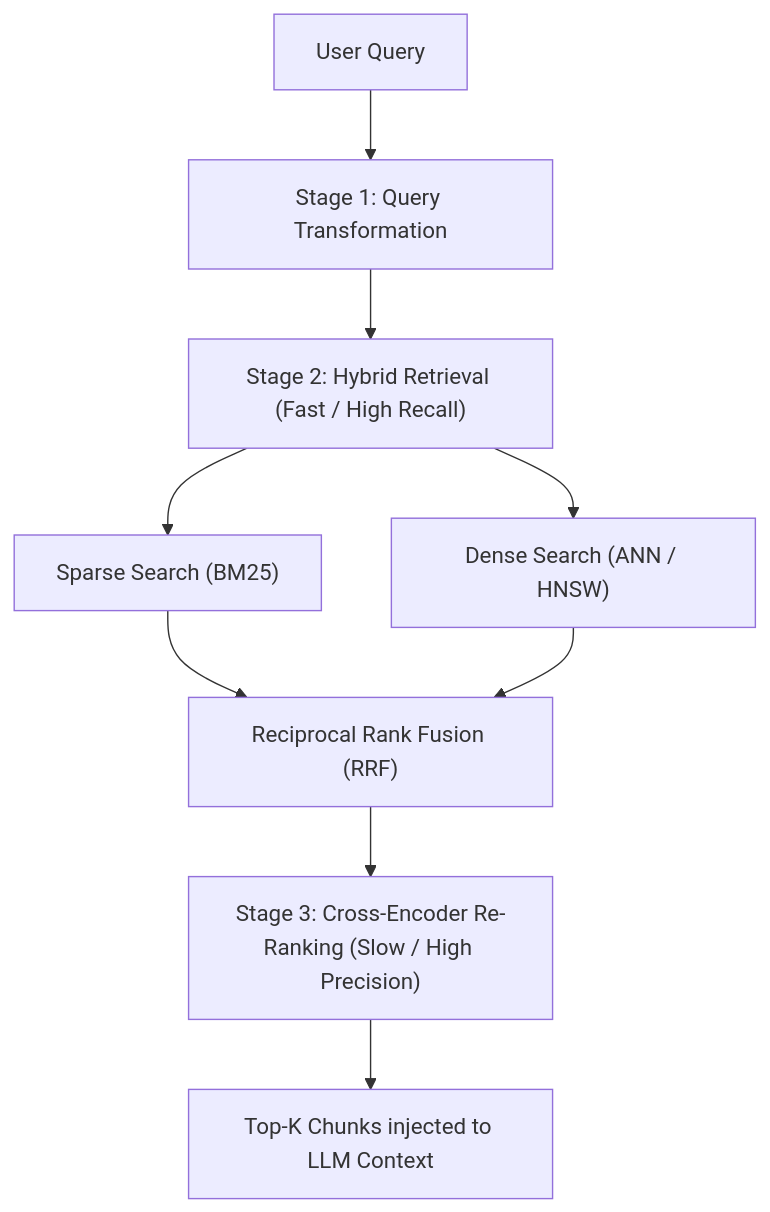
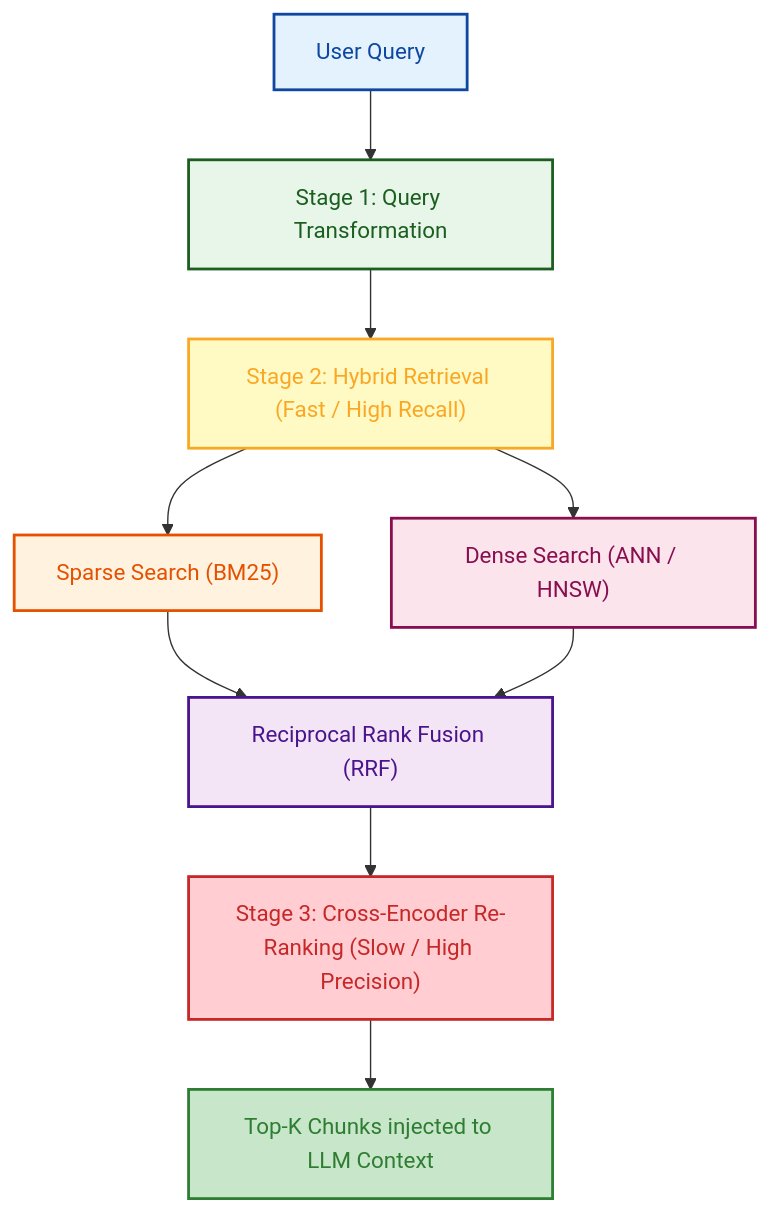
Before and after one commit to GyanendraChaubey/AI-Engineering-Notes: the first of 2 diagrams in docs/06-search-algorithms/README.md, drawn with Mermaid. The commit also changed other lines of this file and 15 other files, not shown here.

Commit message:
style: apply light color palette to remaining Mermaid diagrams (docs 15 & 16)

````diff
--- a/docs/06-search-algorithms/README.md
+++ b/docs/06-search-algorithms/README.md
@@ -13,14 +13,22 @@
 ```mermaid
 flowchart TD
     A["User Query"] --> B["Stage 1: Query Transformation"]
     B --> C["Stage 2: Hybrid Retrieval (Fast / High Recall)"]
     
     C --> D["Sparse Search (BM25)"]
     C --> E["Dense Search (ANN / HNSW)"]
     
     D --> F["Reciprocal Rank Fusion (RRF)"]
     E --> F
     
     F --> G["Stage 3: Cross-Encoder Re-Ranking (Slow / High Precision)"]
     G --> H["Top-K Chunks injected to LLM Context"]
+    style A fill:#e3f2fd,stroke:#0d47a1,stroke-width:2px,color:#0d47a1
+    style B fill:#e8f5e9,stroke:#1b5e20,stroke-width:2px,color:#1b5e20
+    style C fill:#fff9c4,stroke:#f9a825,stroke-width:2px,color:#f9a825
+    style D fill:#fff3e0,stroke:#e65100,stroke-width:2px,color:#e65100
+    style E fill:#fce4ec,stroke:#880e4f,stroke-width:2px,color:#880e4f
+    style F fill:#f3e5f5,stroke:#4a148c,stroke-width:2px,color:#4a148c
+    style G fill:#ffcdd2,stroke:#c62828,stroke-width:2px,color:#c62828
+    style H fill:#c8e6c9,stroke:#2e7d32,stroke-width:2px,color:#2e7d32
 ```
````
